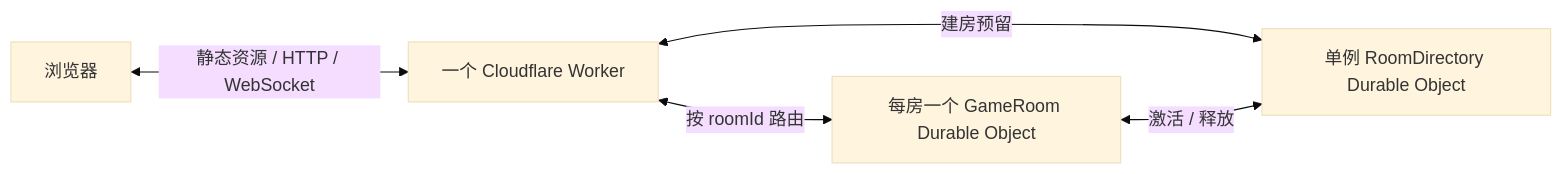
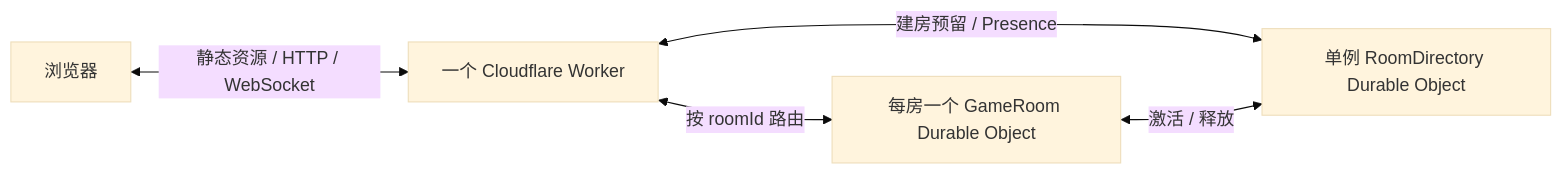
The diagram in docs/GOMOKU_PLATFORM_PLAN.md (Helloworld2345567/game-play-web), drawn with Mermaid (base theme) before and after one commit. The commit also changed other lines of this file and 10 other files, not shown here.

````diff
--- a/docs/GOMOKU_PLATFORM_PLAN.md
+++ b/docs/GOMOKU_PLATFORM_PLAN.md
@@ -12,7 +12,7 @@
 ```mermaid
 flowchart LR
     B[浏览器] <-->|静态资源 / HTTP / WebSocket| W[一个 Cloudflare Worker]
     W <-->|按 roomId 路由| R[每房一个 GameRoom Durable Object]
-    W <-->|建房预留| D[单例 RoomDirectory Durable Object]
+    W <-->|建房预留 / Presence| D[单例 RoomDirectory Durable Object]
     R <-->|激活 / 释放| D
 ```
````
